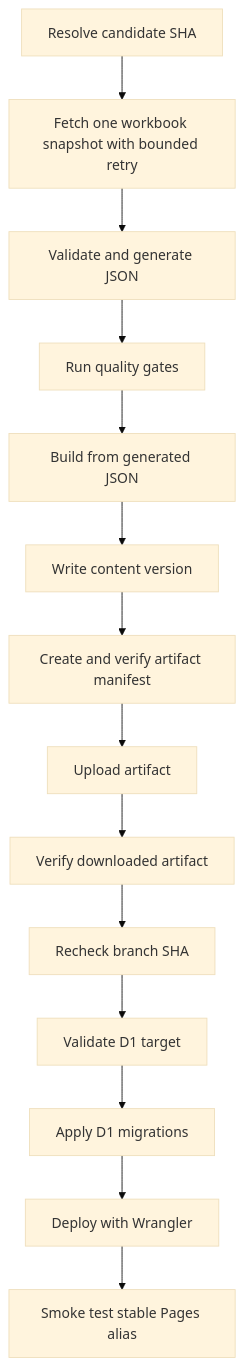
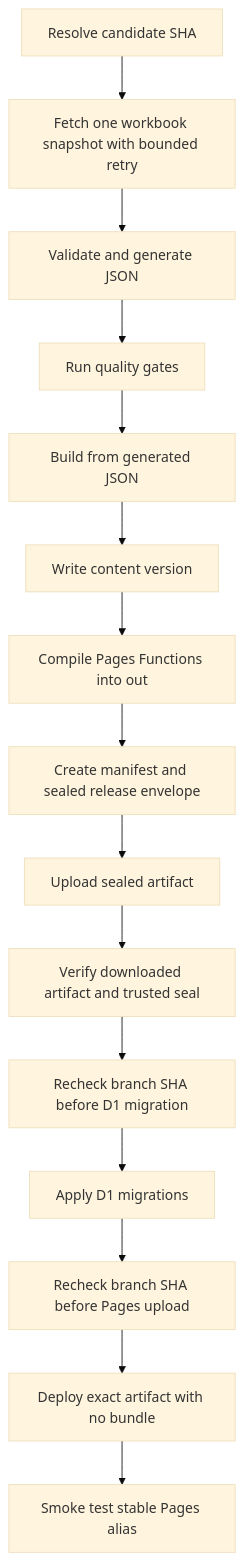
The diagram in docs/operations/DEPLOYMENT.md (nicolasgioanni/Smart-Porfolio), drawn with Mermaid (base theme) before and after one commit. The commit also changed other lines of this file and 22 other files, not shown here.

Commit message:
fix(release): seal and verify complete Pages deployments

````diff
--- a/docs/operations/DEPLOYMENT.md
+++ b/docs/operations/DEPLOYMENT.md
@@ -193,16 +193,17 @@
 ```mermaid
 flowchart TD
     A[Resolve candidate SHA] --> B[Fetch one workbook snapshot with bounded retry]
     B --> C[Validate and generate JSON]
     C --> D[Run quality gates]
     D --> E[Build from generated JSON]
     E --> F[Write content version]
-    F --> G[Create and verify artifact manifest]
-    G --> H[Upload artifact]
-    H --> I[Verify downloaded artifact]
-    I --> J[Recheck branch SHA]
-    J --> K[Validate D1 target]
+    F --> G[Compile Pages Functions into out]
+    G --> H[Create manifest and sealed release envelope]
+    H --> I[Upload sealed artifact]
+    I --> J[Verify downloaded artifact and trusted seal]
+    J --> K[Recheck branch SHA before D1 migration]
     K --> L[Apply D1 migrations]
-    L --> M[Deploy with Wrangler]
-    M --> N[Smoke test stable Pages alias]
+    L --> M[Recheck branch SHA before Pages upload]
+    M --> N[Deploy exact artifact with no bundle]
+    N --> O[Smoke test stable Pages alias]
 ```
````
